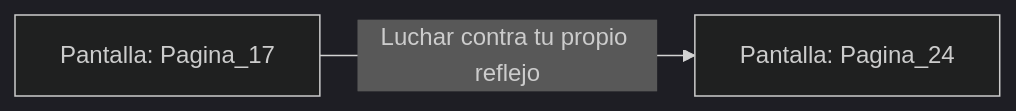
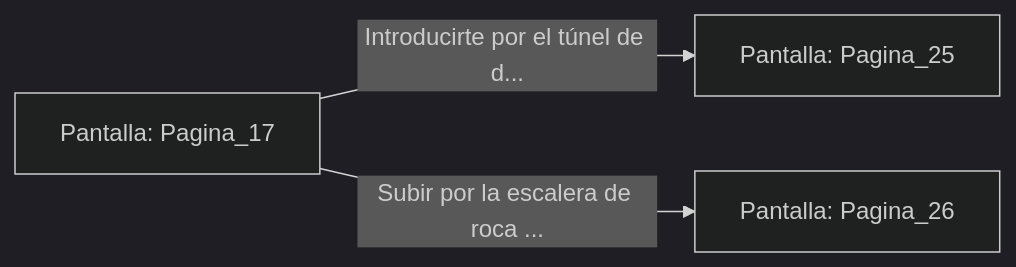
One commit to metsuke/mpl changed the diagram in sample/eligejuego-vault/Pantalla_Pagina_17.md. Above: the diagram before and after it, drawn with Mermaid (dark theme). The commit also changed other lines of this file and 635 other files, not shown here.

First line of the commit message:
fix: añadir Pagina_1 como pantalla inicial en capitulo_01.mpl

````diff
--- a/sample/eligejuego-vault/Pantalla_Pagina_17.md
+++ b/sample/eligejuego-vault/Pantalla_Pagina_17.md
@@ -14,5 +24,6 @@
 ```mermaid
 graph LR
     P_Pagina_17["Pantalla: Pagina_17"]
-    P_Pagina_17 -->|"Luchar contra tu propio reflejo"| P_Pagina_24["Pantalla: Pagina_24"]
+    P_Pagina_17 -->|"Introducirte por el túnel de d..."| P_Pagina_25["Pantalla: Pagina_25"]
+    P_Pagina_17 -->|"Subir por la escalera de roca ..."| P_Pagina_26["Pantalla: Pagina_26"]
 ```
````
